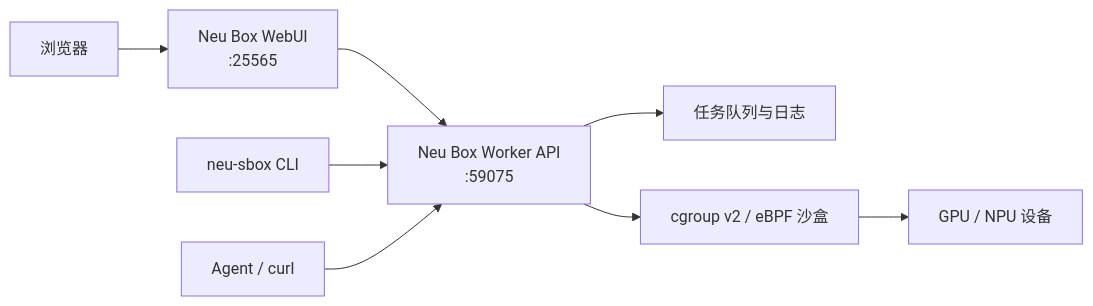
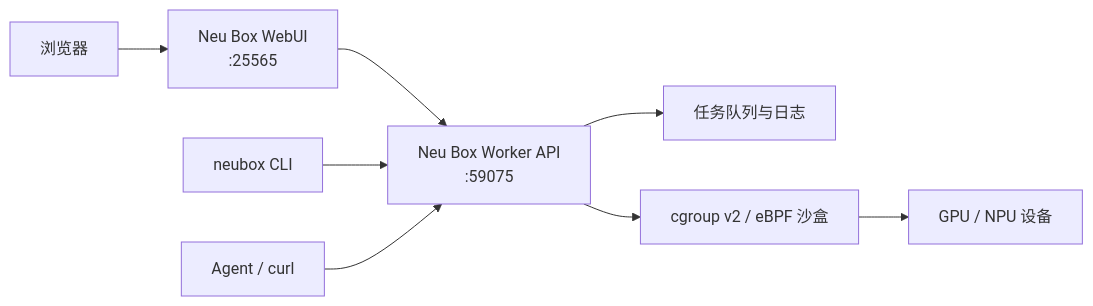
Before and after one commit to neusbox/neu_box: the diagram in README.md, drawn with Mermaid. The commit also changed other lines of this file and 43 other files, not shown here.

````diff
--- a/README.md
+++ b/README.md
@@ -37,10 +39,10 @@
 ```mermaid
 flowchart LR
     Browser[浏览器] --> WebUI[Neu Box WebUI<br/>:25565]
     WebUI --> Worker[Neu Box Worker API<br/>:59075]
-    CLI[neu-sbox CLI] --> Worker
+    CLI[neubox CLI] --> Worker
     Agent[Agent / curl] --> Worker
     Worker --> Queue[任务队列与日志]
     Worker --> Sandbox[cgroup v2 / eBPF 沙盒]
     Sandbox --> Device[GPU / NPU 设备]
 ```
````
